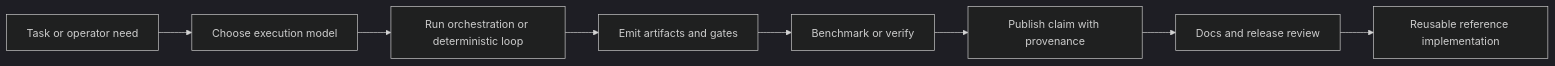
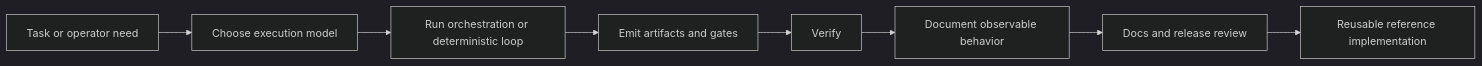
Before and after one commit to sebastianspicker/rae: the diagram in docs/reference/architecture/system-overview.md, drawn with Mermaid (dark theme). The commit also changed other lines of this file and 225 other files, not shown here.

````diff
--- a/docs/reference/architecture/system-overview.md
+++ b/docs/reference/architecture/system-overview.md
@@ -14,10 +14,10 @@
 ```mermaid
 flowchart LR
   A[Task or operator need] --> B[Choose execution model]
   B --> C[Run orchestration or deterministic loop]
   C --> D[Emit artifacts and gates]
-  D --> E[Benchmark or verify]
-  E --> F[Publish claim with provenance]
+  D --> E[Verify]
+  E --> F[Document observable behavior]
   F --> G[Docs and release review]
   G --> H[Reusable reference implementation]
 ```
````
